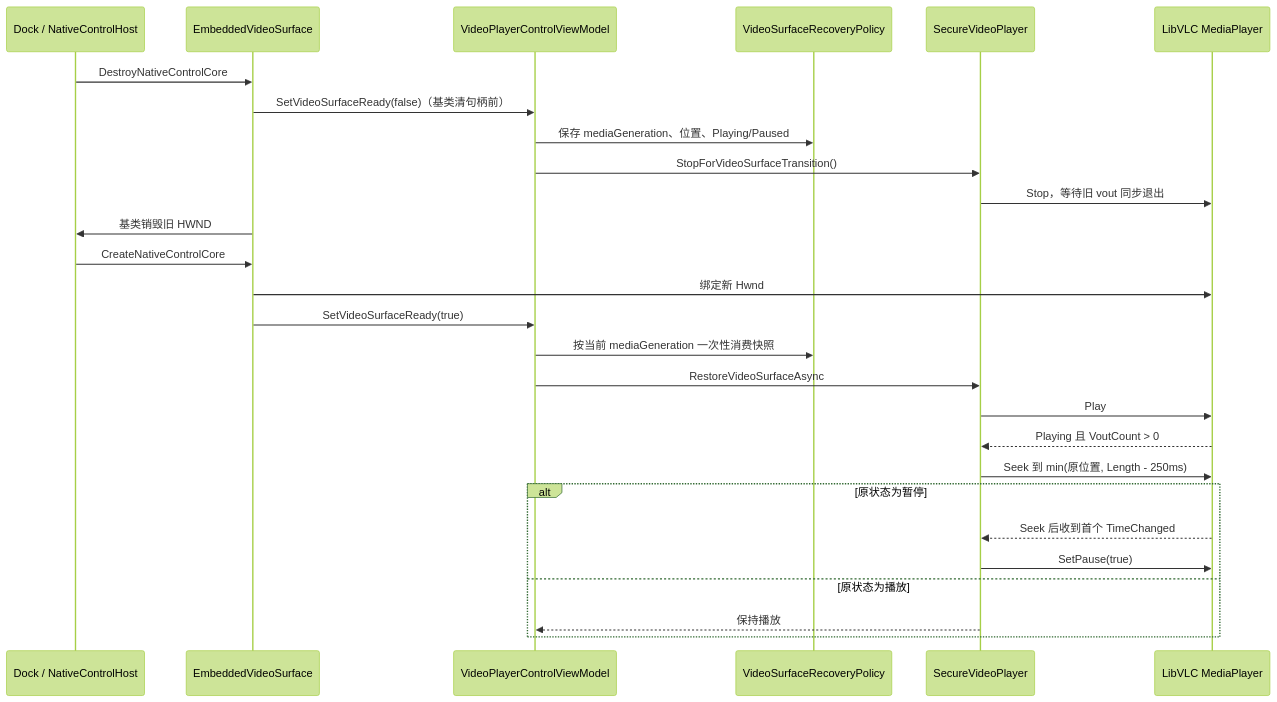
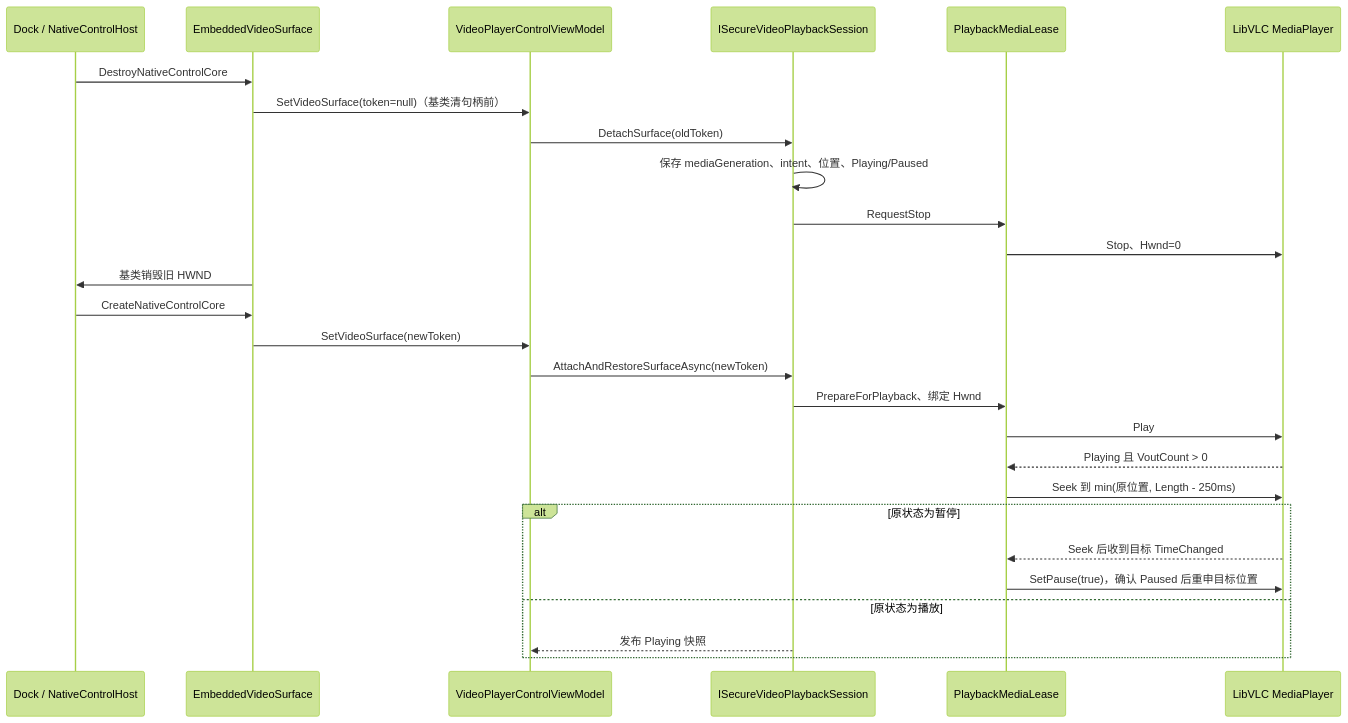
The first of 2 diagrams in Plugins/MySmallTools/MySmallTools/docs/secret-video-player/integration-and-conventions.md (crownclowngx/avalonia_dock_simple_test), drawn with Mermaid (forest theme) before and after one commit. The commit also changed other lines of this file and 26 other files, not shown here.

````diff
--- a/Plugins/MySmallTools/MySmallTools/docs/secret-video-player/integration-and-conventions.md
+++ b/Plugins/MySmallTools/MySmallTools/docs/secret-video-player/integration-and-conventions.md
@@ -99,31 +99,31 @@
 ```mermaid
 sequenceDiagram
     participant Dock as Dock / NativeControlHost
     participant Surface as EmbeddedVideoSurface
     participant VM as VideoPlayerControlViewModel
-    participant Policy as VideoSurfaceRecoveryPolicy
-    participant Player as SecureVideoPlayer
+    participant Session as ISecureVideoPlaybackSession
+    participant Lease as PlaybackMediaLease
     participant VLC as LibVLC MediaPlayer
 
     Dock->>Surface: DestroyNativeControlCore
-    Surface->>VM: SetVideoSurfaceReady(false)（基类清句柄前）
-    VM->>Policy: 保存 mediaGeneration、位置、Playing/Paused
-    VM->>Player: StopForVideoSurfaceTransition()
-    Player->>VLC: Stop，等待旧 vout 同步退出
+    Surface->>VM: SetVideoSurface(token=null)（基类清句柄前）
+    VM->>Session: DetachSurface(oldToken)
+    Session->>Session: 保存 mediaGeneration、intent、位置、Playing/Paused
+    Session->>Lease: RequestStop
+    Lease->>VLC: Stop、Hwnd=0
     Surface->>Dock: 基类销毁旧 HWND
 
     Dock->>Surface: CreateNativeControlCore
-    Surface->>VLC: 绑定新 Hwnd
-    Surface->>VM: SetVideoSurfaceReady(true)
-    VM->>Policy: 按当前 mediaGeneration 一次性消费快照
-    VM->>Player: RestoreVideoSurfaceAsync
-    Player->>VLC: Play
-    VLC-->>Player: Playing 且 VoutCount > 0
-    Player->>VLC: Seek 到 min(原位置, Length - 250ms)
+    Surface->>VM: SetVideoSurface(newToken)
+    VM->>Session: AttachAndRestoreSurfaceAsync(newToken)
+    Session->>Lease: PrepareForPlayback、绑定 Hwnd
+    Lease->>VLC: Play
+    VLC-->>Lease: Playing 且 VoutCount > 0
+    Lease->>VLC: Seek 到 min(原位置, Length - 250ms)
     alt 原状态为暂停
-        VLC-->>Player: Seek 后收到首个 TimeChanged
-        Player->>VLC: SetPause(true)
+        VLC-->>Lease: Seek 后收到目标 TimeChanged
+        Lease->>VLC: SetPause(true)，确认 Paused 后重申目标位置
     else 原状态为播放
-        Player-->>VM: 保持播放
+        Session-->>VM: 发布 Playing 快照
     end
 ```
````
